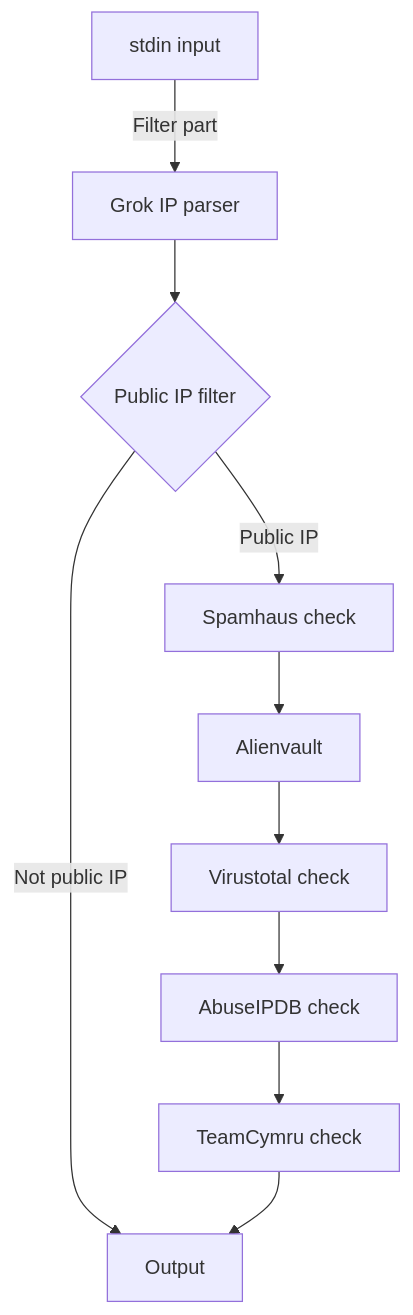
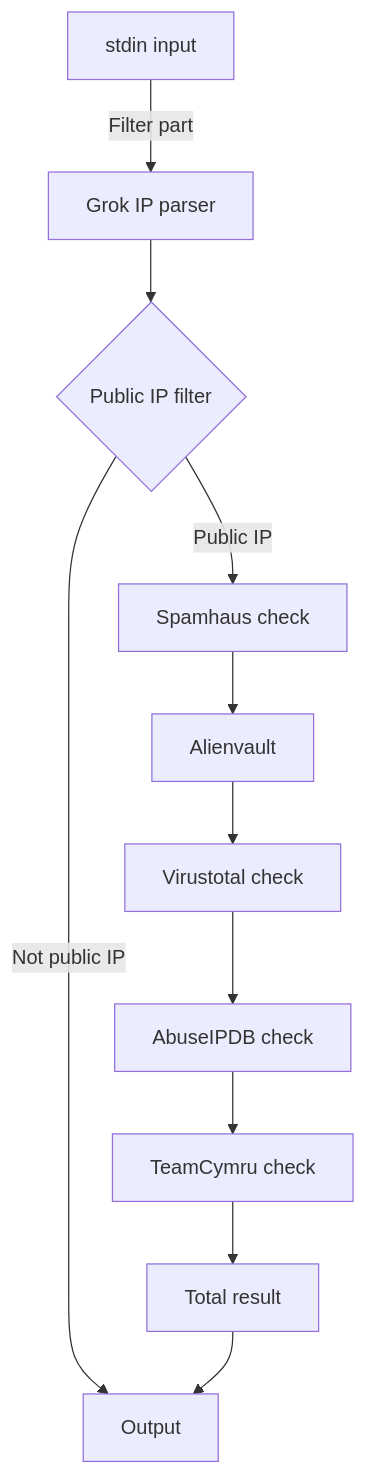
The diagram in README.md (summergaga/diplom), drawn with Mermaid before and after one commit. The commit also changed other lines of this file and 1 other file, not shown here.

````diff
--- a/README.md
+++ b/README.md
@@ -12,12 +12,13 @@
 ```mermaid
 graph TD;
     A[stdin input] -->|Filter part| B[Grok IP parser];
     B --> C{Public IP filter};
-    C --> |Not public IP| I[Output];
+    C --> |Not public IP| J[Output];
     C --> |Public IP| D[Spamhaus check];
     D --> E[Alienvault];
     E --> F[Virustotal check];
     F --> G[AbuseIPDB check];
     G --> H[TeamCymru check];
-    H --> I;
+    H --> I[Total result];
+    I --> J;
 ```
````
